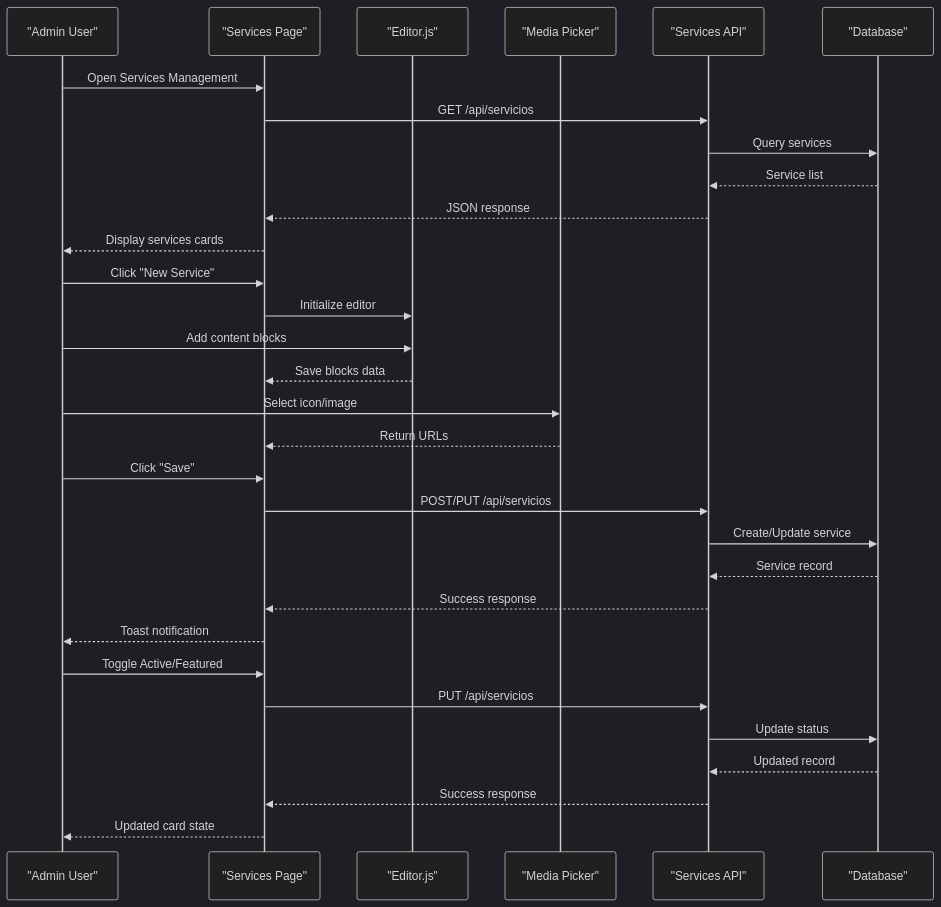
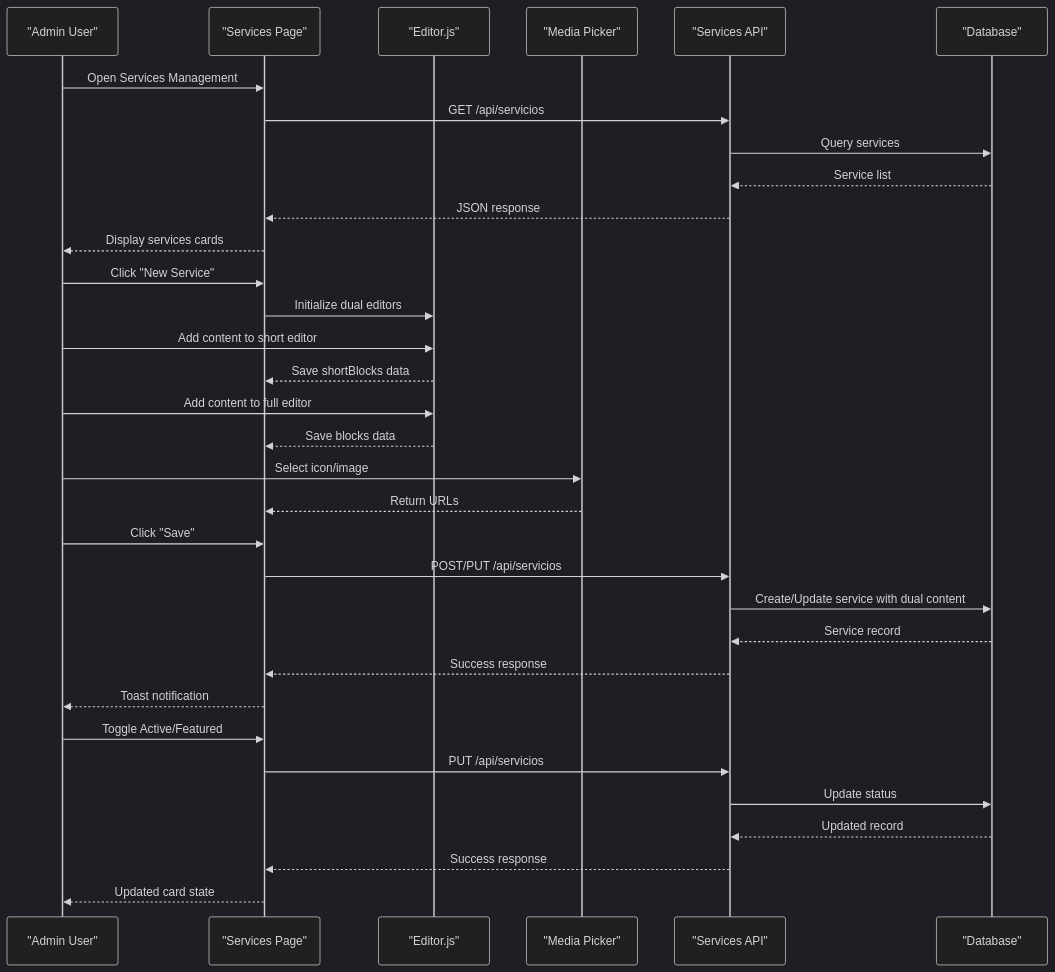
Before and after one commit to xLegarda/GreenAxis: the fifth of 15 diagrams in .qoder/repowiki/en/content/Core Features Implementation/Administrative Features/Content Management System/Services Management Interface.md, drawn with Mermaid (dark theme). The commit also changed other lines of this file and 42 other files, not shown here.

````diff
--- a/.qoder/repowiki/en/content/Core Features Implementation/Administrative Features/Content Management System/Services Management Interface.md
+++ b/.qoder/repowiki/en/content/Core Features Implementation/Administrative Features/Content Management System/Services Management Interface.md
@@ -105,33 +202,35 @@
 ```mermaid
 sequenceDiagram
 participant Admin as "Admin User"
 participant UI as "Services Page"
 participant Editor as "Editor.js"
 participant Media as "Media Picker"
 participant API as "Services API"
 participant DB as "Database"
 Admin->>UI : Open Services Management
 UI->>API : GET /api/servicios
 API->>DB : Query services
 DB-->>API : Service list
 API-->>UI : JSON response
 UI-->>Admin : Display services cards
 Admin->>UI : Click "New Service"
-UI->>Editor : Initialize editor
-Admin->>Editor : Add content blocks
+UI->>Editor : Initialize dual editors
+Admin->>Editor : Add content to short editor
+Editor-->>UI : Save shortBlocks data
+Admin->>Editor : Add content to full editor
 Editor-->>UI : Save blocks data
 Admin->>Media : Select icon/image
 Media-->>UI : Return URLs
 Admin->>UI : Click "Save"
 UI->>API : POST/PUT /api/servicios
-API->>DB : Create/Update service
+API->>DB : Create/Update service with dual content
 DB-->>API : Service record
 API-->>UI : Success response
 UI-->>Admin : Toast notification
 Admin->>UI : Toggle Active/Featured
 UI->>API : PUT /api/servicios
 API->>DB : Update status
 DB-->>API : Updated record
 API-->>UI : Success response
 UI-->>Admin : Updated card state
 ```
````
